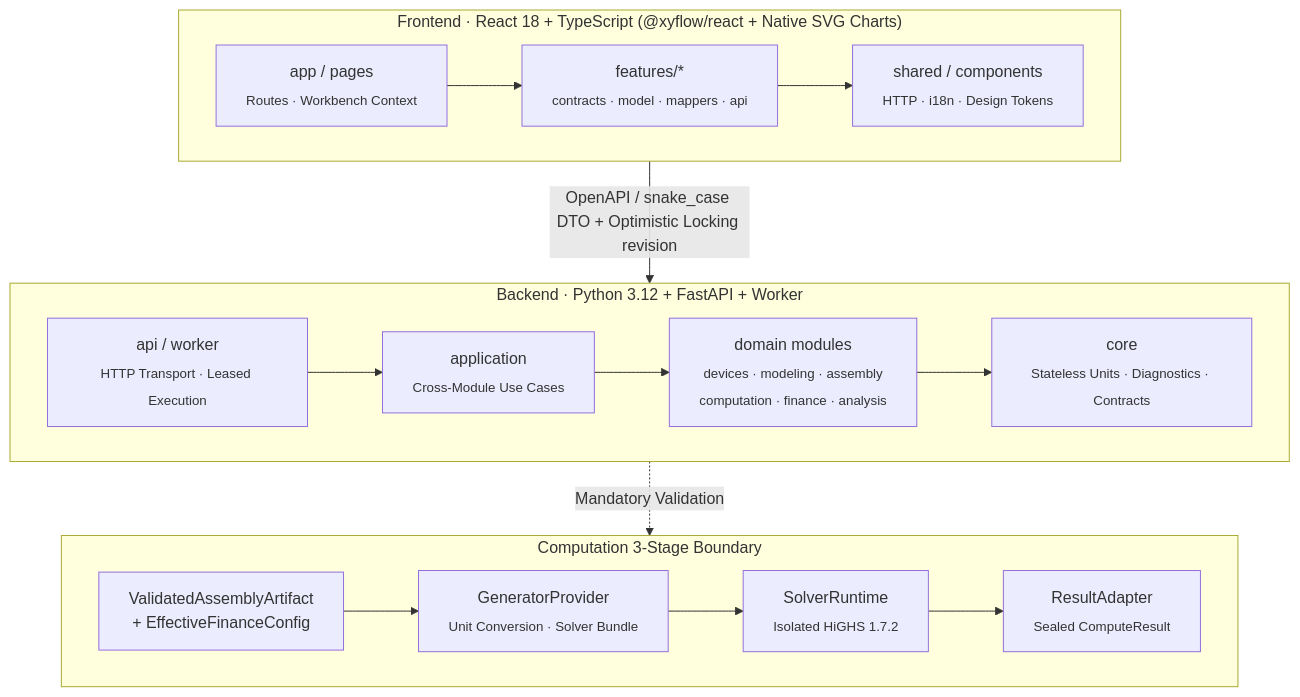
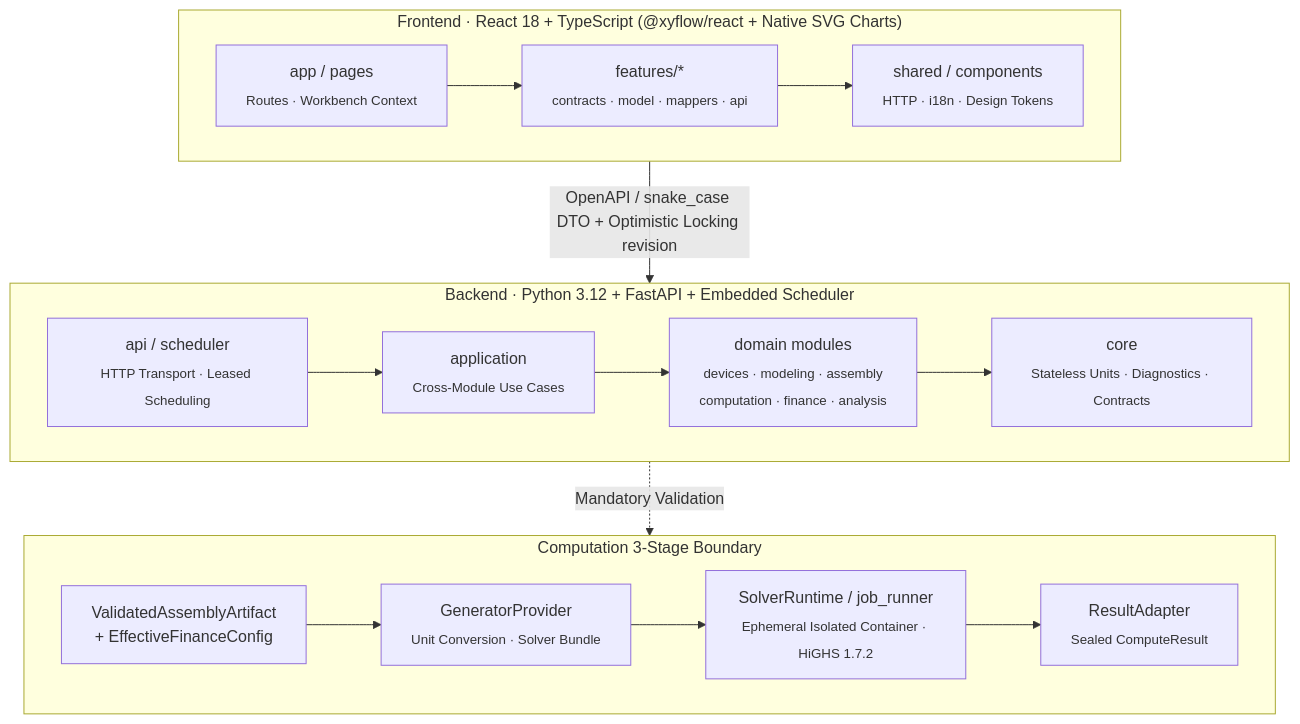
One commit to ThermalEng/pIES changed the diagram in README.en.md. Above: the diagram before and after it, drawn with Mermaid. The commit also changed other lines of this file and 5 other files, not shown here.

````diff
--- a/README.en.md
+++ b/README.en.md
@@ -98,20 +98,20 @@
 ```mermaid
 flowchart TB
     subgraph FE["Frontend · React 18 + TypeScript (@xyflow/react + Native SVG Charts)"]
         direction LR
         Pages["app / pages<br/><sub>Routes · Workbench Context</sub>"] --> Features["features/*<br/><sub>contracts · model · mappers · api</sub>"] --> Shared["shared / components<br/><sub>HTTP · i18n · Design Tokens</sub>"]
     end
 
-    subgraph BE["Backend · Python 3.12 + FastAPI + Worker"]
+    subgraph BE["Backend · Python 3.12 + FastAPI + Embedded Scheduler"]
         direction LR
-        API["api / worker<br/><sub>HTTP Transport · Leased Execution</sub>"] --> App["application<br/><sub>Cross-Module Use Cases</sub>"] --> Domain["domain modules<br/><sub>devices · modeling · assembly<br/>computation · finance · analysis</sub>"] --> Core["core<br/><sub>Stateless Units · Diagnostics · Contracts</sub>"]
+        API["api / scheduler<br/><sub>HTTP Transport · Leased Scheduling</sub>"] --> App["application<br/><sub>Cross-Module Use Cases</sub>"] --> Domain["domain modules<br/><sub>devices · modeling · assembly<br/>computation · finance · analysis</sub>"] --> Core["core<br/><sub>Stateless Units · Diagnostics · Contracts</sub>"]
     end
 
     subgraph Pipe["Computation 3-Stage Boundary"]
         direction LR
-        Art["ValidatedAssemblyArtifact<br/>+ EffectiveFinanceConfig"] --> Gen["GeneratorProvider<br/><sub>Unit Conversion · Solver Bundle</sub>"] --> Run["SolverRuntime<br/><sub>Isolated HiGHS 1.7.2</sub>"] --> Adp["ResultAdapter<br/><sub>Sealed ComputeResult</sub>"]
+        Art["ValidatedAssemblyArtifact<br/>+ EffectiveFinanceConfig"] --> Gen["GeneratorProvider<br/><sub>Unit Conversion · Solver Bundle</sub>"] --> Run["SolverRuntime / job_runner<br/><sub>Ephemeral Isolated Container · HiGHS 1.7.2</sub>"] --> Adp["ResultAdapter<br/><sub>Sealed ComputeResult</sub>"]
     end
 
     FE -- "OpenAPI / snake_case DTO + Optimistic Locking revision" --> API
     Domain -. "Mandatory Validation" .-> Pipe
 ```
````
